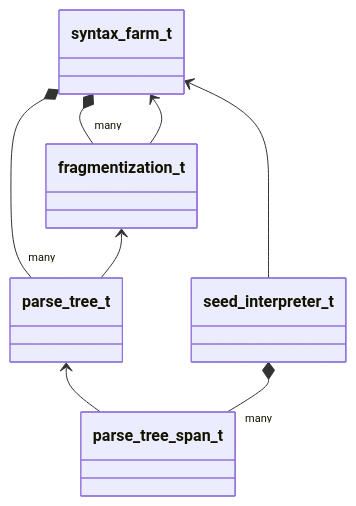
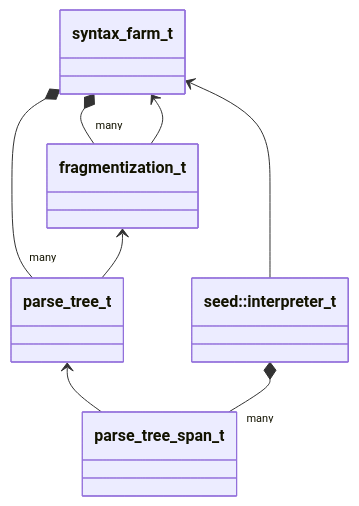
Before and after one commit to TobyBrull/silva: the diagram in src/syntax/readme.md, drawn with Mermaid. The commit also changed other lines of this file and 11 other files, not shown here.

````diff
--- a/src/syntax/readme.md
+++ b/src/syntax/readme.md
@@ -135,10 +263,11 @@
 ```mermaid
 classDiagram
+    class seed_interpreter_t["seed::interpreter_t"]
     syntax_farm_t *-- "many" fragmentization_t
     syntax_farm_t *-- "many" parse_tree_t
     syntax_farm_t <-- fragmentization_t
     fragmentization_t <-- parse_tree_t
     parse_tree_t <-- parse_tree_span_t
     seed_interpreter_t *-- "many" parse_tree_span_t
     syntax_farm_t <-- seed_interpreter_t
 ```
````
